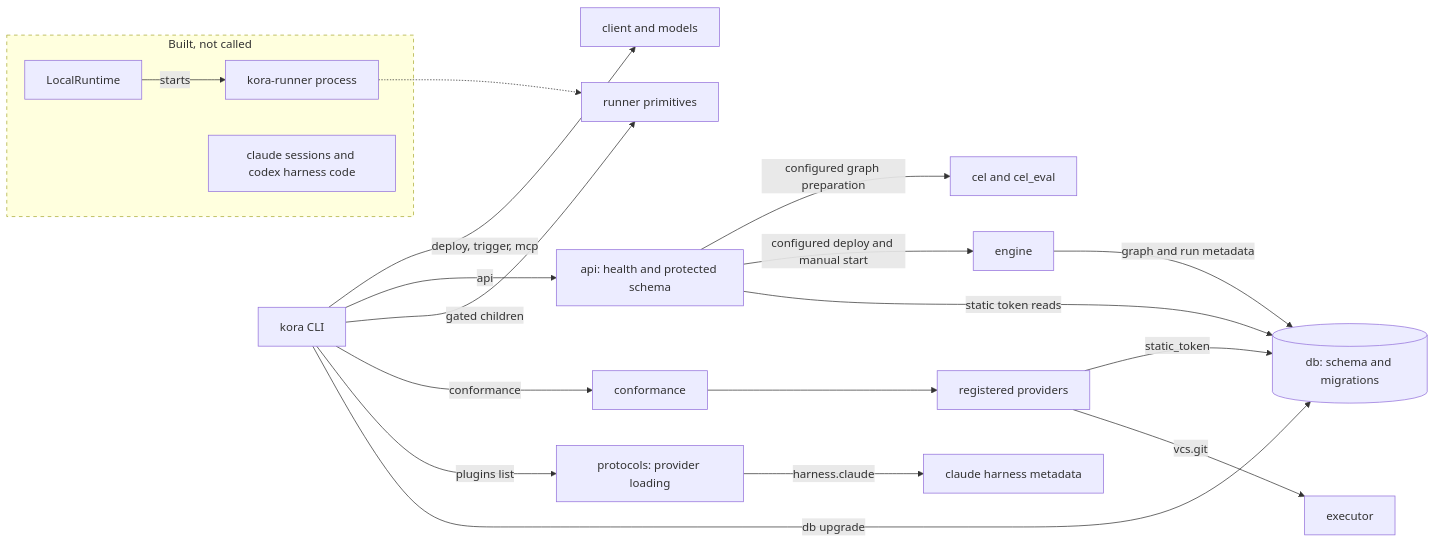
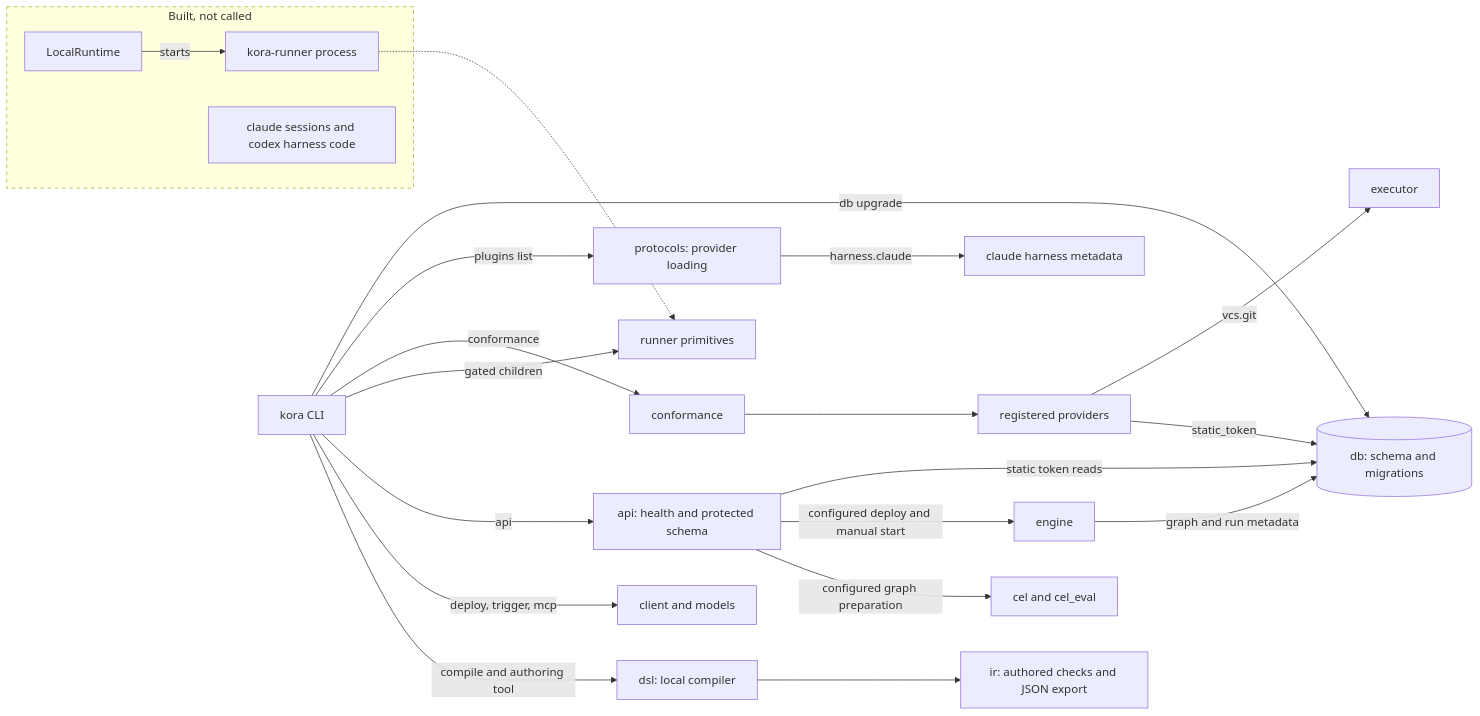
The diagram in knowledge/architecture/current.md (realkarych/kora), drawn with Mermaid before and after one commit. The commit also changed other lines of this file and 32 other files, not shown here.

Commit message:
Compile the sequential demo graph from Python (#1923)

````diff
--- a/knowledge/architecture/current.md
+++ b/knowledge/architecture/current.md
@@ -99,25 +100,27 @@
 ```mermaid
 flowchart LR
     accTitle: Callers of the existing packages
-    accDescr: The kora CLI reaches the database migrations, provider listing and the conformance command, and starts gated child processes with the runner primitives. Conformance constructs the registered providers and the plan executor. Provider listing loads the claude harness metadata. The installed API serves health and protected schema, and an explicitly configured local API uses the engine and CEL for deploy and manual start. The staging profile also serves registration and Claim. The client commands use the shared client. The local runtime with its runner processes and harness sessions are exercised by separate tests.
+    accDescr: The kora CLI reaches the database migrations, provider listing and the conformance command, and starts gated child processes with the runner primitives. Conformance constructs the registered providers and the plan executor. Provider listing loads the claude harness metadata. The installed API serves health and protected schema, and an explicitly configured local API uses the engine and CEL for deploy and manual start. The staging profile also serves registration and Claim. The deployment and operating commands use the shared client. The early authoring command parses source through the DSL compiler, which uses the shared IR checks locally. The local runtime with its runner processes and harness sessions are exercised by separate tests.
     CLI["kora CLI"] -->|db upgrade| DB[("db: schema and migrations")]
     CLI -->|plugins list| LOAD["protocols: provider loading"]
     CLI -->|conformance| CONF["conformance"]
     CONF --> PROV["registered providers"]
     PROV -->|vcs.git| EXEC["executor"]
     PROV -->|static_token| DB
     CLI -->|gated children| PRIM["runner primitives"]
     LOAD -->|harness.claude| CLAUDE["claude harness metadata"]
     CLI -->|api| API["api: health and protected schema"]
     CLI -->|deploy, trigger, mcp| CLIENT["client and models"]
+    CLI -->|compile and authoring tool| DSL["dsl: local compiler"]
+    DSL --> IR["ir: authored checks and JSON export"]
     API -->|static token reads| DB
     API -->|configured deploy and manual start| ENGINE["engine"]
     API -->|configured graph preparation| CEL["cel and cel_eval"]
     ENGINE -->|graph and run metadata| DB
     subgraph unused ["Built, not called"]
         LOCAL["LocalRuntime"] -->|starts| RUNNER["kora-runner process"]
         HARNESS["claude sessions and codex harness code"]
     end
     RUNNER -.-> PRIM
     style unused stroke-dasharray: 5 5
 ```
````
